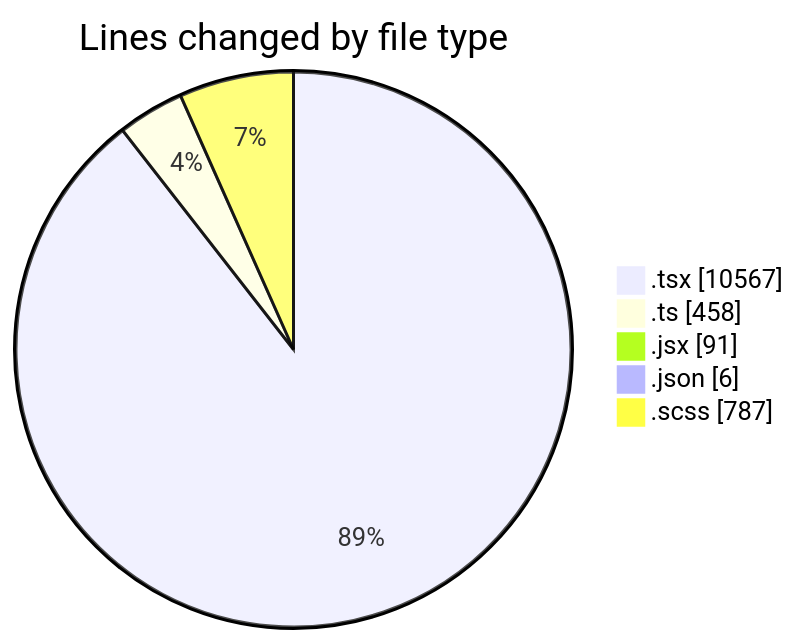
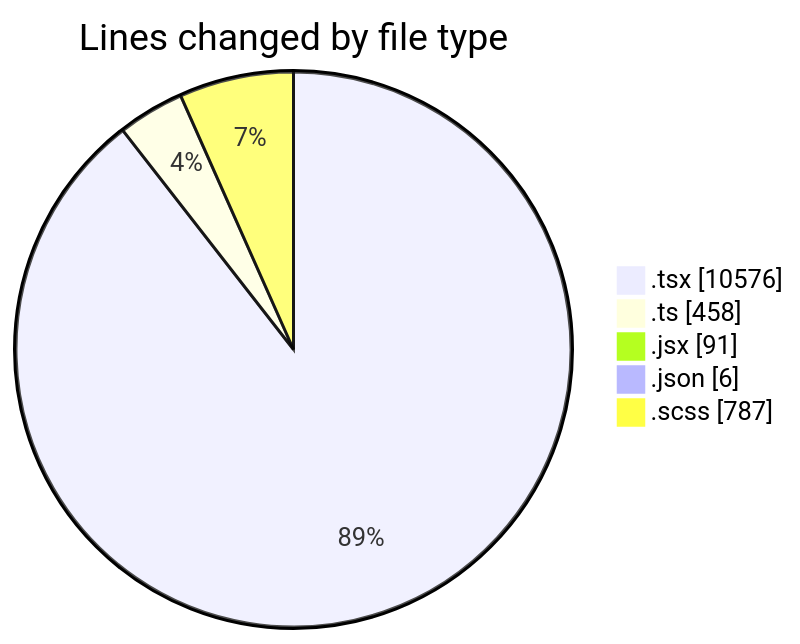
One commit to momahboobian/code-tracking changed the first of 2 diagrams in 2026-04-27/cda/README.md. Above: the diagram before and after it, drawn with Mermaid. The commit also changed other lines of this file and 1 other file, not shown here.

````diff
--- a/2026-04-27/cda/README.md
+++ b/2026-04-27/cda/README.md
@@ -57,9 +57,9 @@
 ```mermaid
 pie showData
 title Lines changed by file type
-".tsx" : 10567
+".tsx" : 10576
 ".ts" : 458
 ".jsx" : 91
 ".json" : 6
 ".scss" : 787
 ```
````
